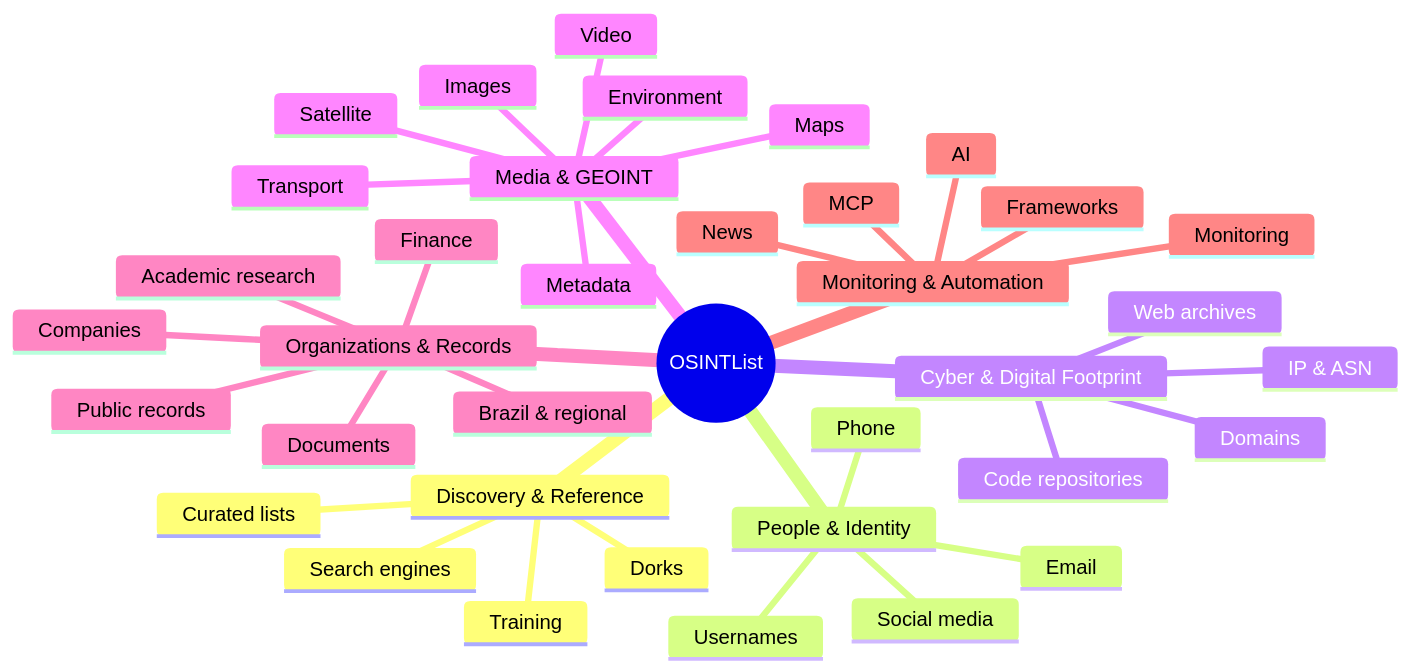
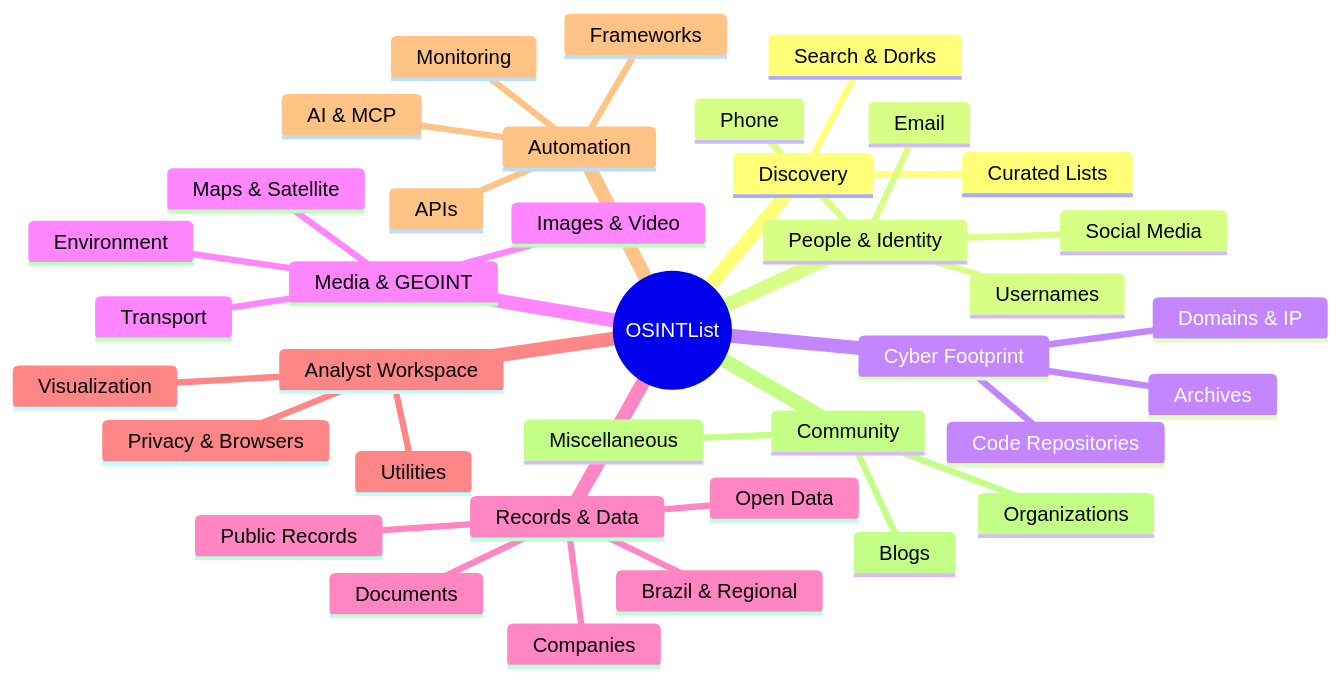
The first of 2 diagrams in README.md (Ridd1kulusC0d3r/OSINTList), drawn with Mermaid before and after one commit. The commit also changed other lines of this file, not shown here.

````diff
--- a/README.md
+++ b/README.md
@@ -34,40 +34,40 @@
 ```mermaid
 mindmap
   root((OSINTList))
-    Discovery & Reference
-      Search engines
-      Dorks
-      Curated lists
-      Training
+    Discovery
+      Search & Dorks
+      Curated Lists
     People & Identity
       Usernames
       Email
       Phone
-      Social media
-    Cyber & Digital Footprint
-      Domains
-      IP & ASN
-      Code repositories
-      Web archives
+      Social Media
+    Cyber Footprint
+      Domains & IP
+      Code Repositories
+      Archives
     Media & GEOINT
-      Images
-      Video
-      Metadata
-      Maps
-      Satellite
+      Images & Video
+      Maps & Satellite
       Transport
       Environment
-    Organizations & Records
+    Records & Data
       Companies
-      Finance
-      Public records
-      Brazil & regional
+      Public Records
+      Brazil & Regional
       Documents
-      Academic research
-    Monitoring & Automation
-      News
+      Open Data
+    Analyst Workspace
+      Privacy & Browsers
+      Visualization
+      Utilities
+    Automation
       Monitoring
-      AI
-      MCP
+      AI & MCP
+      APIs
       Frameworks
+    Community
+      Organizations
+      Blogs
+      Miscellaneous
 ```
````
